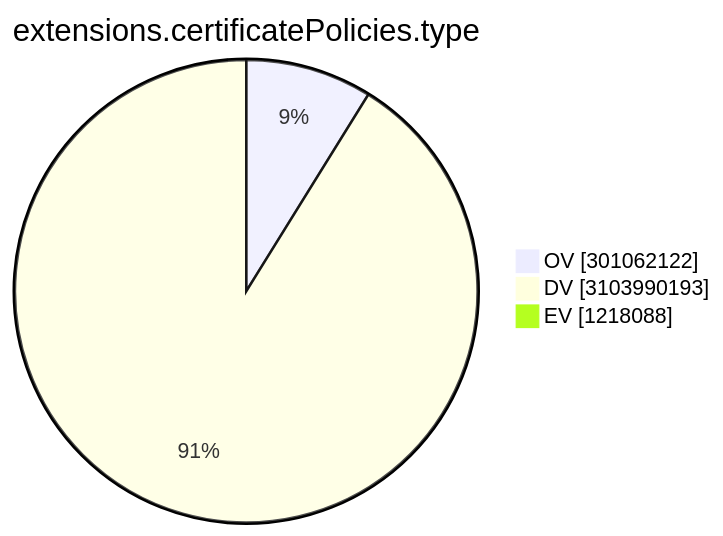
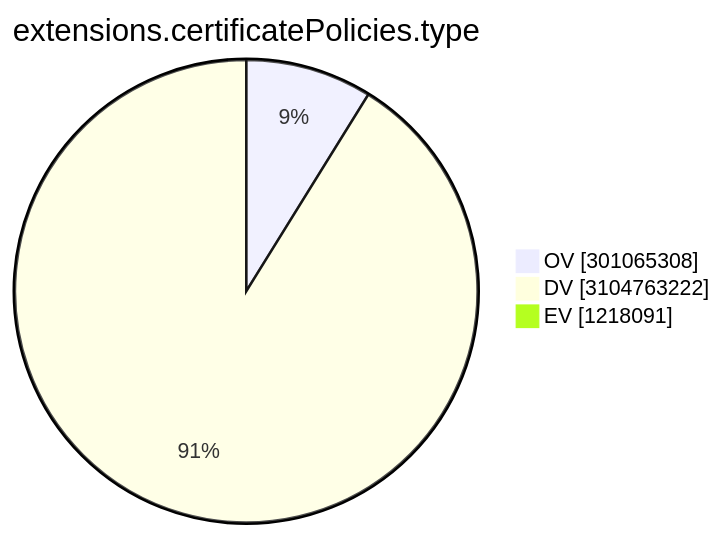
Before and after one commit to christiankrug/ctmonitor_visualization: the ninth of 15 diagrams in TOTAL/README.md, drawn with Mermaid. The commit also changed other lines of this file, not shown here.

````diff
--- a/TOTAL/README.md
+++ b/TOTAL/README.md
@@ -3103,7 +3103,7 @@
 ```mermaid
 pie showData
 title extensions.certificatePolicies.type
-"OV" :301062122
-"DV" :3103990193
-"EV" :1218088
+"OV" :301065308
+"DV" :3104763222
+"EV" :1218091
 ```
````
